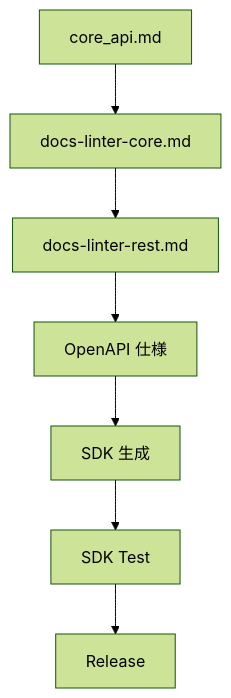
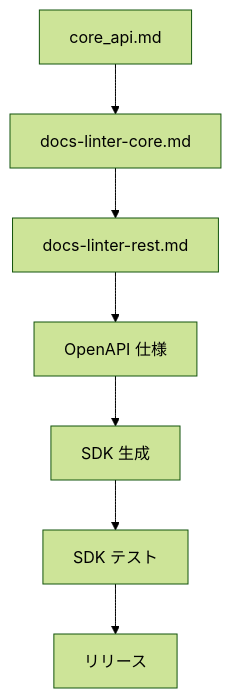
One commit to stein2nd/docs-linter changed the fifth of 6 diagrams in docsMod/sdk.md. Above: the diagram before and after it, drawn with Mermaid (forest theme). The commit also changed other lines of this file, not shown here.

````diff
--- a/docsMod/sdk.md
+++ b/docsMod/sdk.md
@@ -221,9 +233,9 @@
 ```mermaid
 flowchart TD
   A["core_api.md"] --> B["docs-linter-core.md"]
   B --> C["docs-linter-rest.md"]
   C --> D["OpenAPI 仕様"]
   D --> E["SDK 生成"]
-  E --> F["SDK Test"]
-  F --> G["Release"]
+  E --> F["SDK テスト"]
+  F --> G["リリース"]
 ```
````
